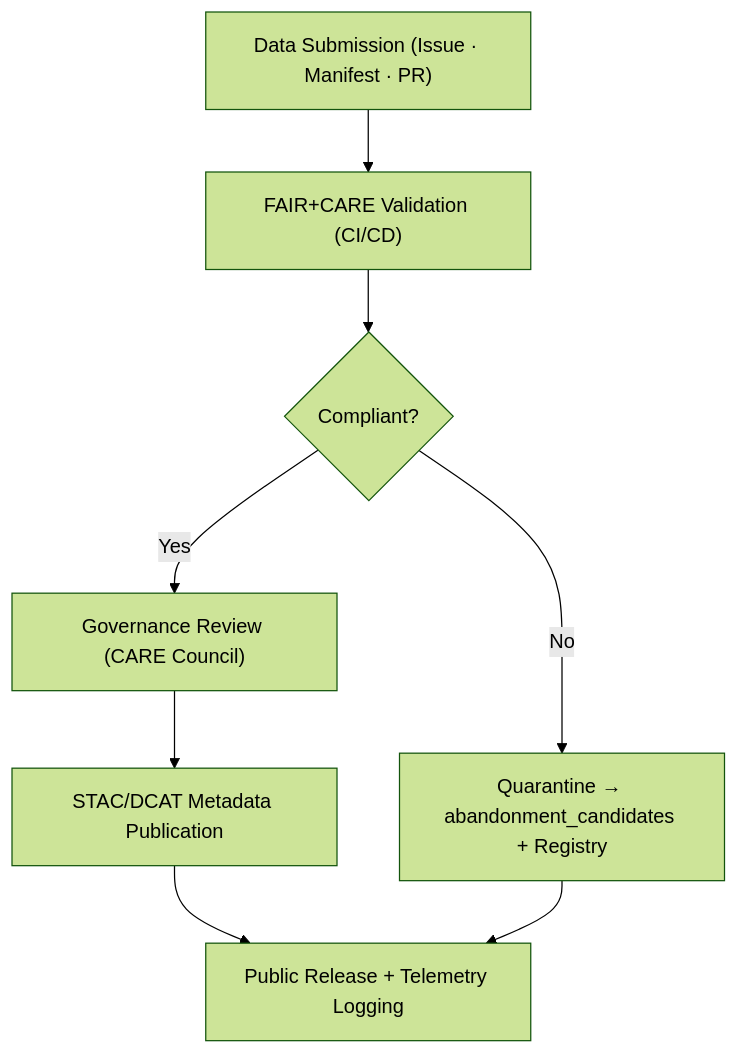
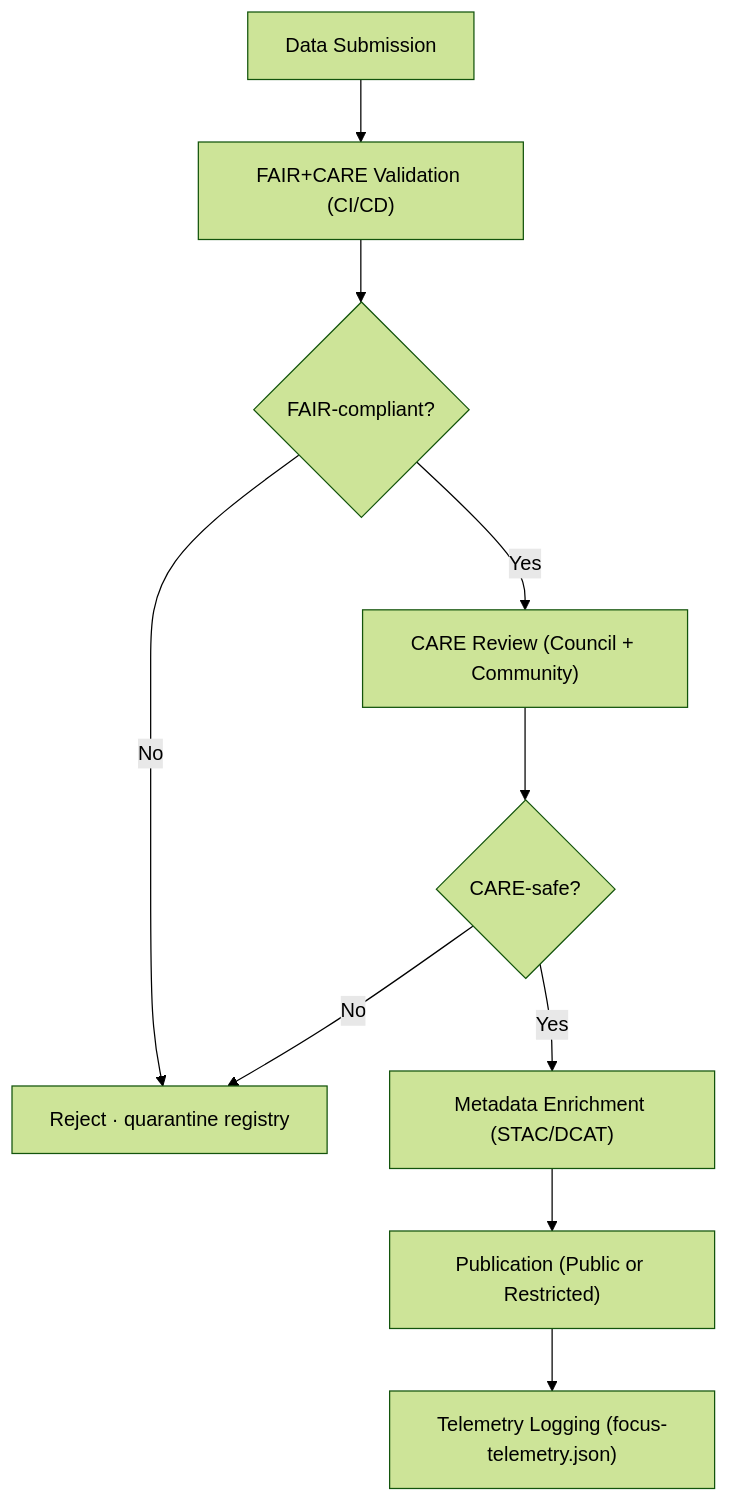
The diagram in docs/standards/faircare.md (bartytime4life/Kansas-Frontier-Matrix), drawn with Mermaid (forest theme) before and after one commit. The commit also changed other lines of this file, not shown here.

````diff
--- a/docs/standards/faircare.md
+++ b/docs/standards/faircare.md
@@ -90,10 +180,12 @@
 ```mermaid
 flowchart TD
-  A["Data Submission (Issue · Manifest · PR)"] --> B["FAIR+CARE Validation (CI/CD)"]
-  B --> C{"Compliant?"}
-  C -->|Yes| D["Governance Review (CARE Council)"]
-  C -->|No| E["Quarantine → abandonment_candidates + Registry"]
-  D --> F["STAC/DCAT Metadata Publication"]
-  F --> G["Public Release + Telemetry Logging"]
-  E --> G
+  A["Data Submission"] --> B["FAIR+CARE Validation (CI/CD)"]
+  B --> C{"FAIR-compliant?"}
+  C -->|No| D["Reject · quarantine registry"]
+  C -->|Yes| E["CARE Review (Council + Community)"]
+  E --> F{"CARE-safe?"}
+  F -->|No| D
+  F -->|Yes| G["Metadata Enrichment (STAC/DCAT)"]
+  G --> H["Publication (Public or Restricted)"]
+  H --> I["Telemetry Logging (focus-telemetry.json)"]
 ```
````
